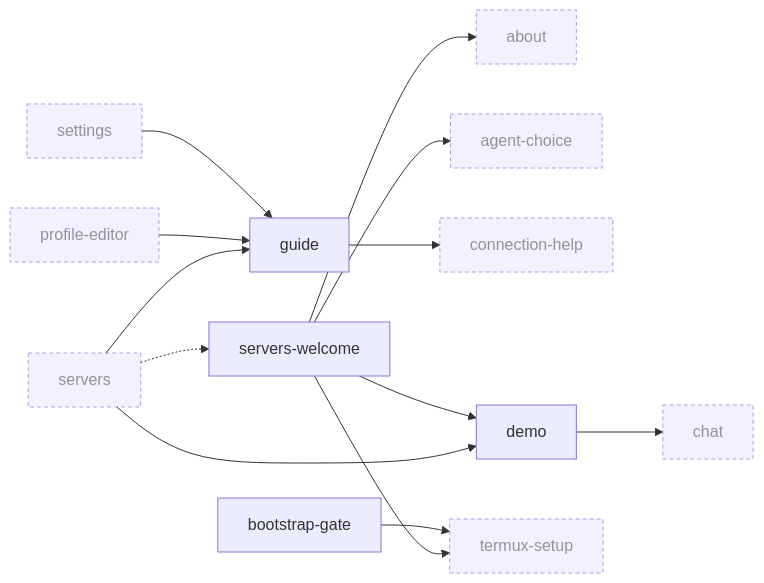
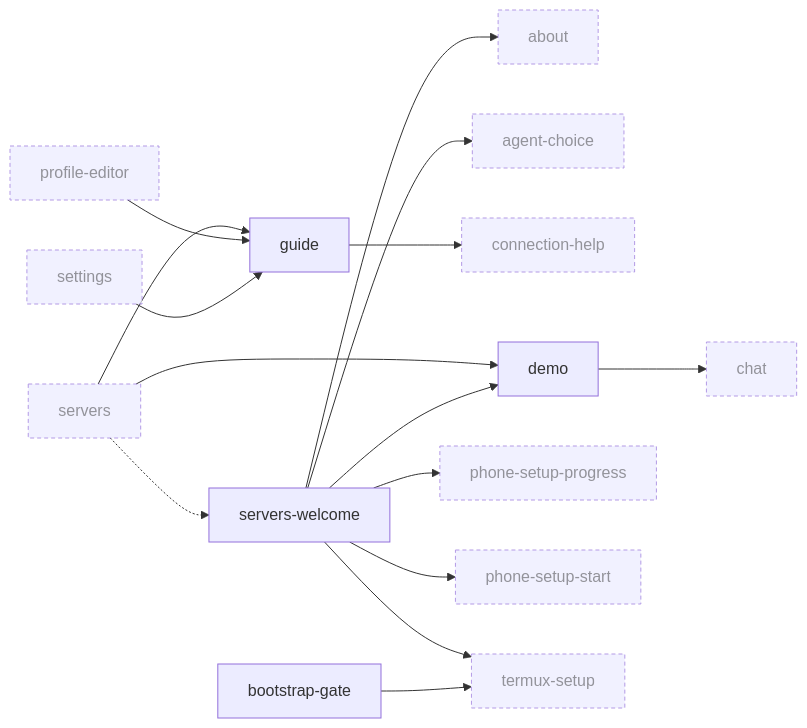
Before and after one commit to Breskott/opencode-mobile-next: the ninth of 10 diagrams in docs/design/ui-ledger/navigation.md, drawn with Mermaid. The commit also changed other lines of this file and 8 other files, not shown here.

First line of the commit message:
docs(ui-ledger): pages and helpers from the setup, AI Team, chat and phone-server merges; Claude Code page searchable [skip ci]

````diff
--- a/docs/design/ui-ledger/navigation.md
+++ b/docs/design/ui-ledger/navigation.md
@@ -1306,28 +1349,32 @@
 ```mermaid
 graph LR
   about["about"]:::ext
   agent_choice["agent-choice"]:::ext
   bootstrap_gate["bootstrap-gate"]
   chat["chat"]:::ext
   connection_help["connection-help"]:::ext
   demo["demo"]
   guide["guide"]
+  phone_setup_progress["phone-setup-progress"]:::ext
+  phone_setup_start["phone-setup-start"]:::ext
   profile_editor["profile-editor"]:::ext
   servers["servers"]:::ext
   servers_welcome["servers-welcome"]
   settings["settings"]:::ext
   termux_setup["termux-setup"]:::ext
   demo --> chat
   servers --> guide
   servers --> demo
   servers_welcome --> about
   servers_welcome --> agent_choice
   servers_welcome --> termux_setup
   servers_welcome --> demo
   profile_editor --> guide
   settings --> guide
   guide --> connection_help
+  servers_welcome --> phone_setup_start
   servers -.-> servers_welcome
   bootstrap_gate --> termux_setup
+  servers_welcome --> phone_setup_progress
   classDef ext stroke-dasharray: 4 3,opacity:0.7
 ```
````
